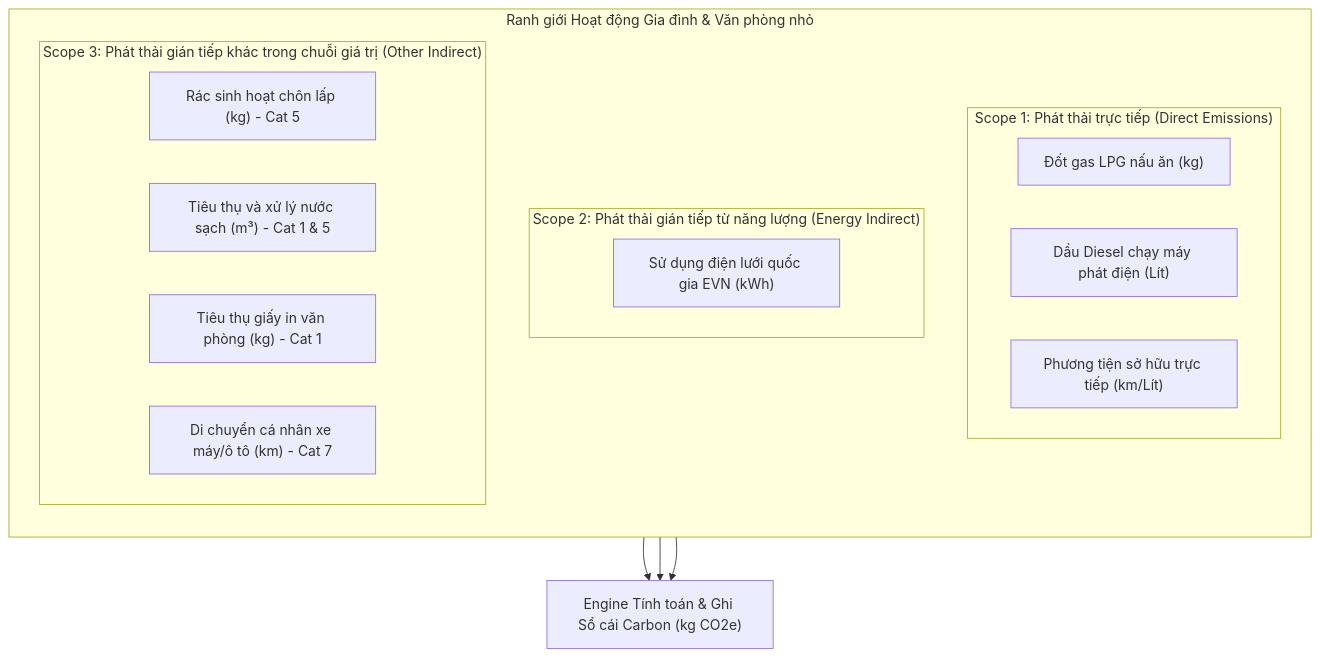
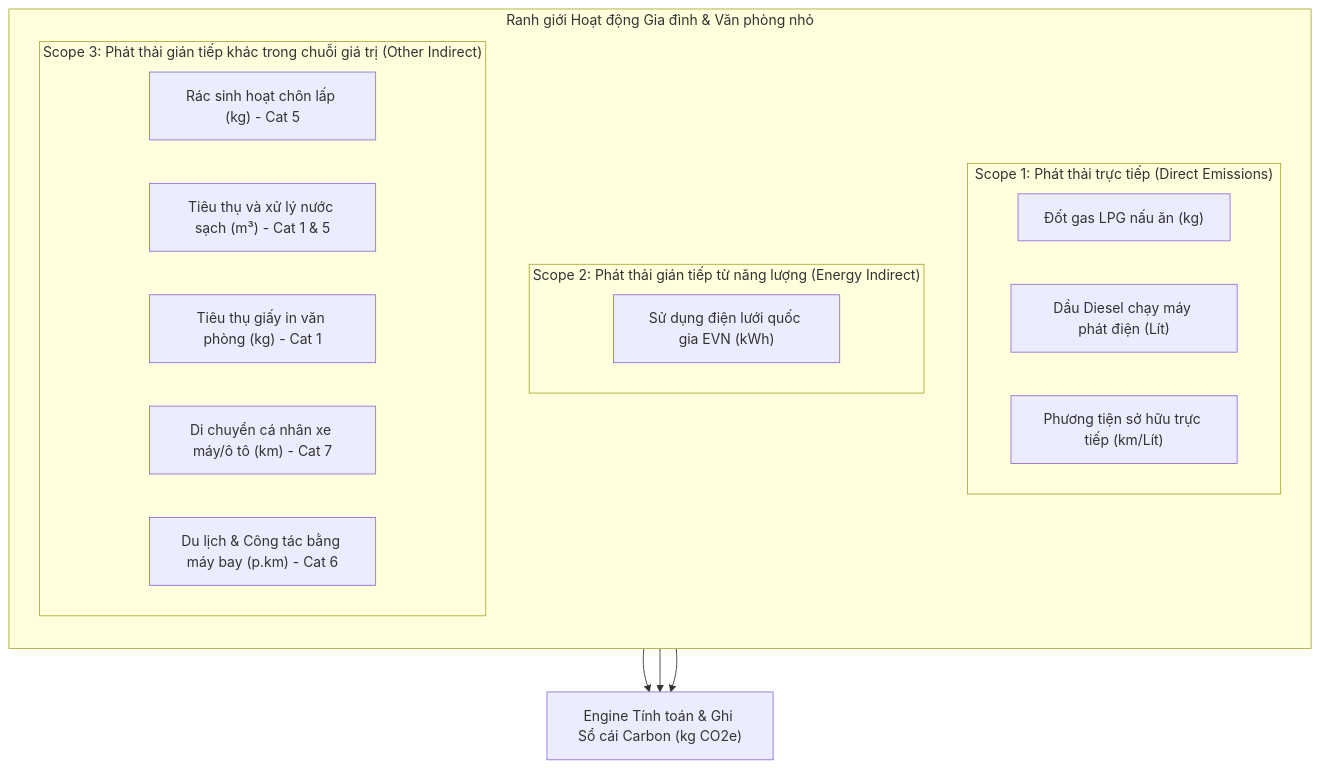
Before and after one commit to DatTienNguyenn/PMDC-BATCH4-DATNT250: the first of 3 diagrams in docs/activity-supported.md, drawn with Mermaid. The commit also changed other lines of this file and 1 other file, not shown here.

````diff
--- a/docs/activity-supported.md
+++ b/docs/activity-supported.md
@@ -33,27 +33,28 @@
 ```mermaid
 flowchart TD
     subgraph Boundary["Ranh giới Hoạt động Gia đình & Văn phòng nhỏ"]
         direction TB
 
         subgraph S1["Scope 1: Phát thải trực tiếp (Direct Emissions)"]
             F1["Đốt gas LPG nấu ăn (kg)"]
             F2["Dầu Diesel chạy máy phát điện (Lít)"]
             F3["Phương tiện sở hữu trực tiếp (km/Lít)"]
         end
 
         subgraph S2["Scope 2: Phát thải gián tiếp từ năng lượng (Energy Indirect)"]
             E1["Sử dụng điện lưới quốc gia EVN (kWh)"]
         end
 
         subgraph S3["Scope 3: Phát thải gián tiếp khác trong chuỗi giá trị (Other Indirect)"]
             W1["Rác sinh hoạt chôn lấp (kg) - Cat 5"]
             W2["Tiêu thụ và xử lý nước sạch (m³) - Cat 1 & 5"]
             W3["Tiêu thụ giấy in văn phòng (kg) - Cat 1"]
             M1["Di chuyển cá nhân xe máy/ô tô (km) - Cat 7"]
+            T1["Du lịch & Công tác bằng máy bay (p.km) - Cat 6"]
         end
     end
 
     S1 --> Ledger["Engine Tính toán & Ghi Sổ cái Carbon (kg CO2e)"]
     S2 --> Ledger
     S3 --> Ledger
 ```
````
